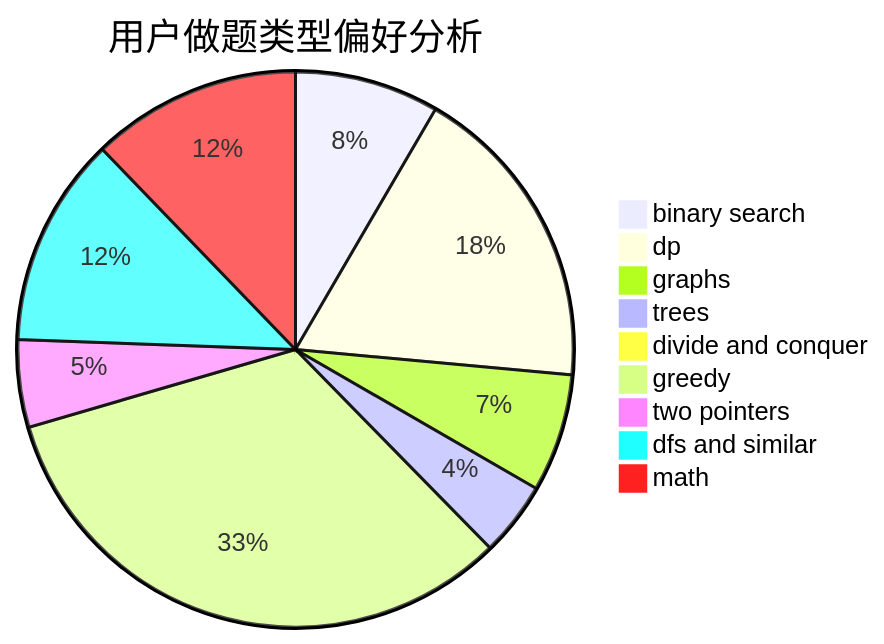
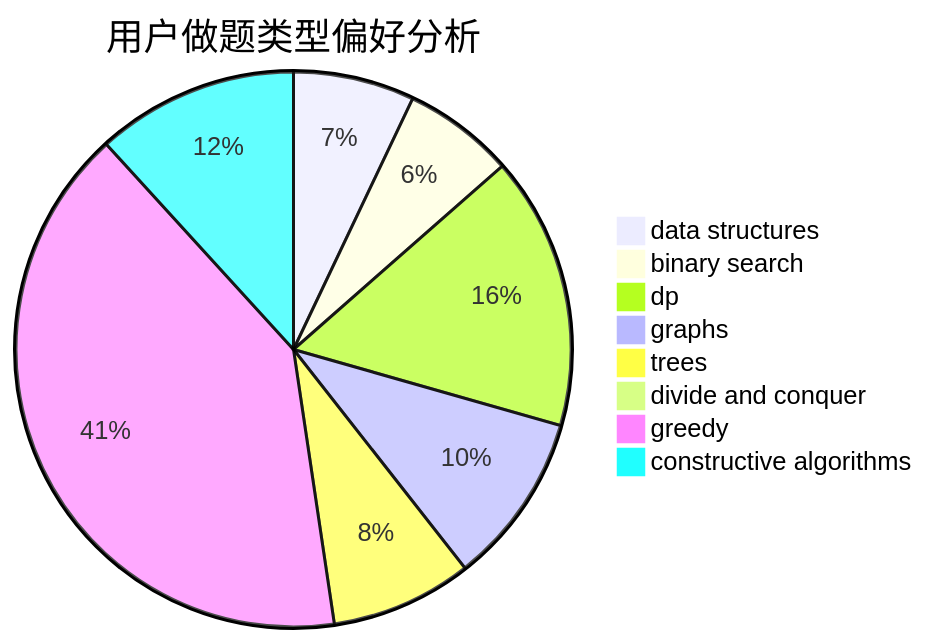
One commit to sherpahu/cfrs.github.io changed the second of 3 diagrams in docs/user/u560.md. Above: the diagram before and after it, drawn with Mermaid. The commit also changed other lines of this file and 2775 other files, not shown here.

````diff
--- a/docs/user/u560.md
+++ b/docs/user/u560.md
@@ -23,12 +23,11 @@
 ```mermaid
 pie title 用户做题类型偏好分析
-    "binary search" :  33
-    "dp" :  71
-    "graphs" :  27
-    "trees" :  17
+    "data structures" :  12
+    "binary search" :  11
+    "dp" :  27
+    "graphs" :  17
+    "trees" :  14
     "divide and conquer" :  0
-    "greedy" :  129
-    "two pointers" :  20
-    "dfs and similar" :  48
-    "math" :  48
+    "greedy" :  69
+    "constructive algorithms" :  20
 ```
````
